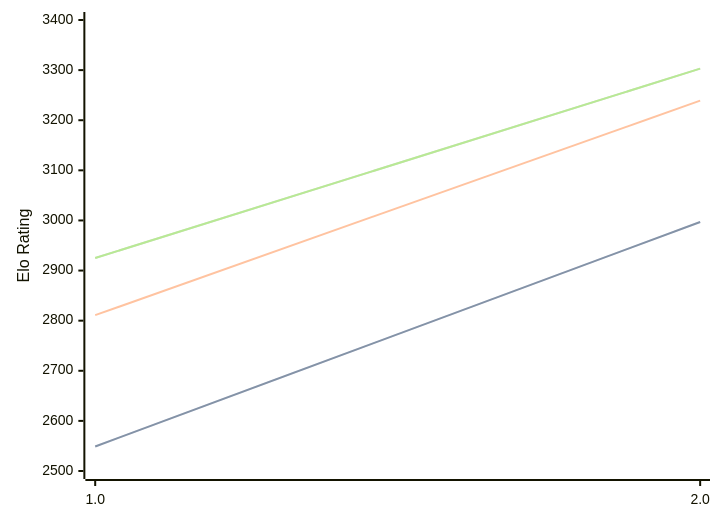
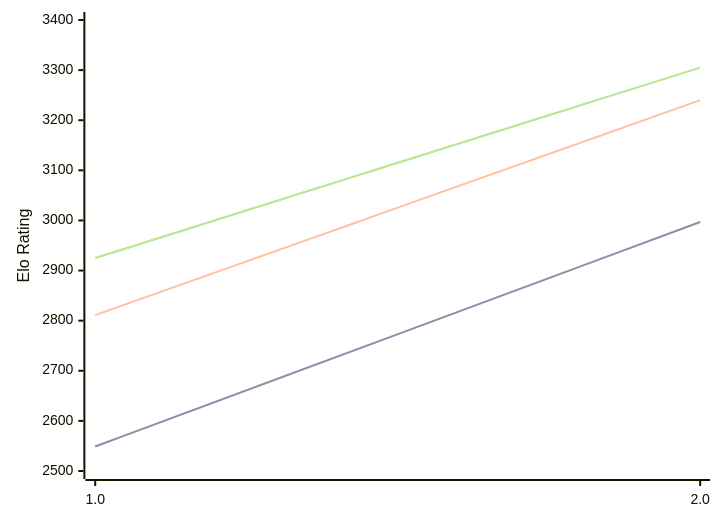
One commit to computer-chess-index/cci changed the diagram in engines/Onslaught.md. Above: the diagram before and after it, drawn with Mermaid. The commit also changed other lines of this file, not shown here.

Commit message:
Update CCI Ratings (ELO VLTC) - 2026-09-27

````diff
--- a/engines/Onslaught.md
+++ b/engines/Onslaught.md
@@ -32,11 +32,11 @@
 ```mermaid
 %%{init: {"theme":"base","themeVariables":{"seriesColors:['#a3a3a3','#222221','#faa371']}}}%%
 xychart-beta
   x-axis ["1.0", "2.0"]
   y-axis "Elo Rating" 2500 --> 3400
   line "" [2549, 2997]
   line "STC (8.0+0.08s)" [2549, 2997]
-  line "LTC (60.0+0.60s)" [2811, 3239]
-  line "" [2925, 3303]
-  line "VLTC (2m24s+1.12s)" [2925, 3303]
+  line "LTC (60.0+0.60s)" [2811, 3240]
+  line "" [2925, 3305]
+  line "VLTC (2m24s+1.12s)" [2925, 3305]
 ```
````
